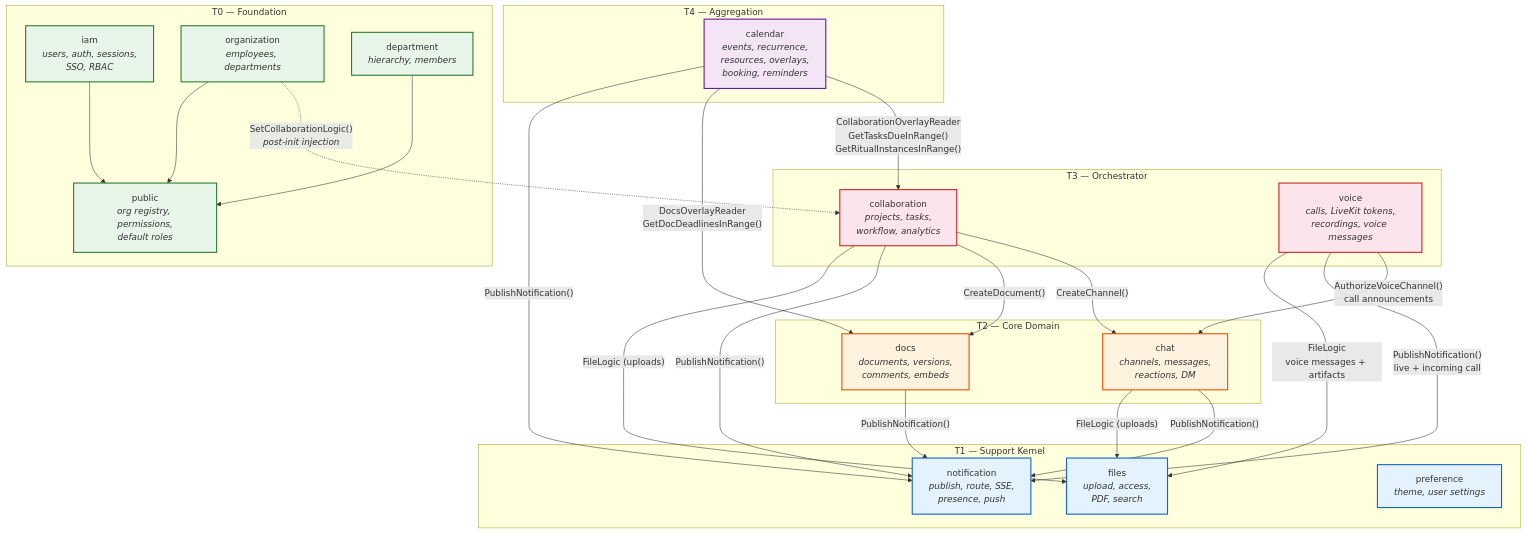
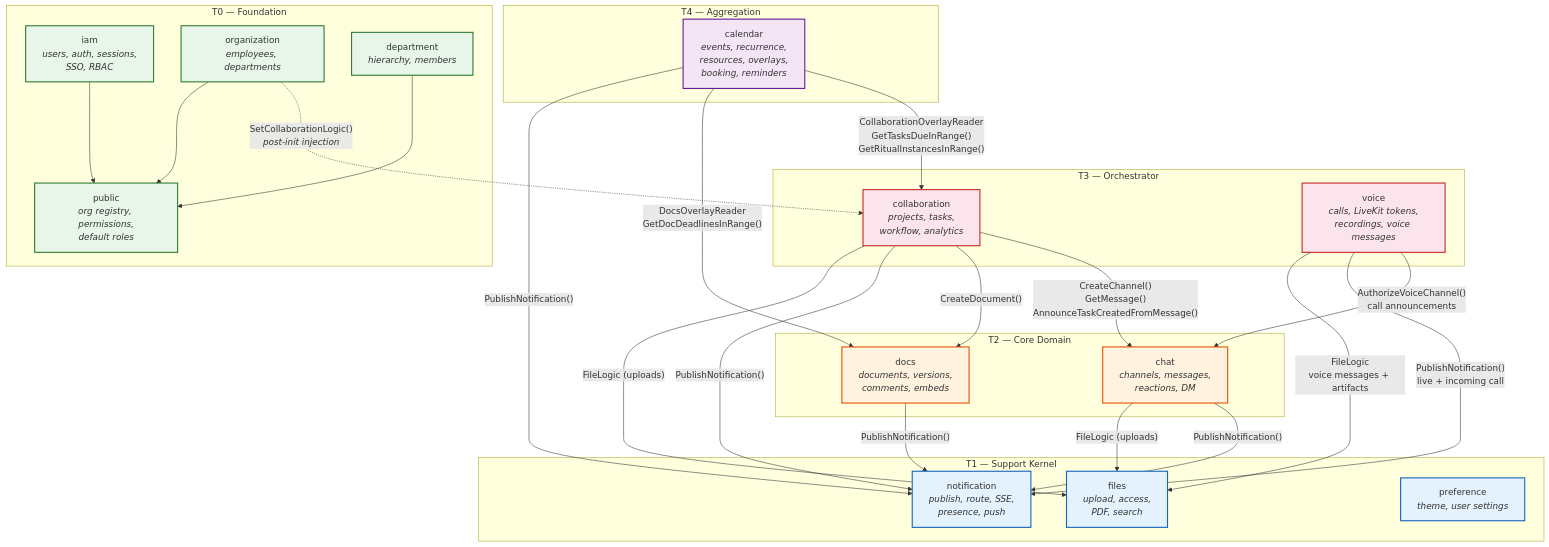
Before and after one commit to nvcnvn/tech-office: the first of 4 diagrams in backend/docs/SYSTEM-ARCHITECTURE.md, drawn with Mermaid. The commit also changed other lines of this file and 56 other files, not shown here.

Commit message:
feat: implement chat-to-task capture allowing tasks to be created from and linked to message conversations

````diff
--- a/backend/docs/SYSTEM-ARCHITECTURE.md
+++ b/backend/docs/SYSTEM-ARCHITECTURE.md
@@ -83,70 +83,70 @@
 ```mermaid
 graph TD
     subgraph "T0 — Foundation"
         PUBLIC["public<br/><i>org registry, permissions,<br/>default roles</i>"]
         IAM["iam<br/><i>users, auth, sessions,<br/>SSO, RBAC</i>"]
         ORG["organization<br/><i>employees, departments</i>"]
         DEPT["department<br/><i>hierarchy, members</i>"]
     end
 
     subgraph "T1 — Support Kernel"
         NOTIF["notification<br/><i>publish, route, SSE,<br/>presence, push</i>"]
         FILES["files<br/><i>upload, access,<br/>PDF, search</i>"]
         PREF["preference<br/><i>theme, user settings</i>"]
     end
 
     subgraph "T2 — Core Domain"
         CHAT["chat<br/><i>channels, messages,<br/>reactions, DM</i>"]
         DOCS["docs<br/><i>documents, versions,<br/>comments, embeds</i>"]
     end
 
     subgraph "T3 — Orchestrator"
         COLLAB["collaboration<br/><i>projects, tasks,<br/>workflow, analytics</i>"]
         VOICE["voice<br/><i>calls, LiveKit tokens,<br/>recordings, voice messages</i>"]
     end
 
     subgraph "T4 — Aggregation"
         CAL["calendar<br/><i>events, recurrence,<br/>resources, overlays,<br/>booking, reminders</i>"]
     end
 
     %% T4 → T3 dependencies (overlay readers)
     CAL -->|"CollaborationOverlayReader<br/>GetTasksDueInRange()<br/>GetRitualInstancesInRange()"| COLLAB
     CAL -->|"DocsOverlayReader<br/>GetDocDeadlinesInRange()"| DOCS
     CAL -->|"PublishNotification()"| NOTIF
 
     %% T3 → T2 dependencies
-    COLLAB -->|"CreateChannel()"| CHAT
+    COLLAB -->|"CreateChannel()<br/>GetMessage()<br/>AnnounceTaskCreatedFromMessage()"| CHAT
     COLLAB -->|"CreateDocument()"| DOCS
 
     %% T3 → T1 dependencies
     COLLAB -->|"PublishNotification()"| NOTIF
     COLLAB -->|"FileLogic (uploads)"| FILES
     VOICE -->|"AuthorizeVoiceChannel()<br/>call announcements"| CHAT
     VOICE -->|"PublishNotification()<br/>live + incoming call"| NOTIF
     VOICE -->|"FileLogic<br/>voice messages + artifacts"| FILES
 
     %% T2 → T1 dependencies
     CHAT -->|"PublishNotification()"| NOTIF
     CHAT -->|"FileLogic (uploads)"| FILES
     DOCS -->|"PublishNotification()"| NOTIF
 
     %% Post-init injection (dashed = injected after construction)
     ORG -.->|"SetCollaborationLogic()<br/><i>post-init injection</i>"| COLLAB
 
     %% Foundation references (simplified)
     IAM --> PUBLIC
     ORG --> PUBLIC
     DEPT --> PUBLIC
 
     classDef foundation fill:#e8f5e9,stroke:#2e7d32,stroke-width:2px
     classDef kernel fill:#e3f2fd,stroke:#1565c0,stroke-width:2px
     classDef core fill:#fff3e0,stroke:#e65100,stroke-width:2px
     classDef orchestrator fill:#fce4ec,stroke:#c62828,stroke-width:2px
     classDef aggregation fill:#f3e5f5,stroke:#6a1b9a,stroke-width:2px
 
     class PUBLIC,IAM,ORG,DEPT foundation
     class NOTIF,FILES,PREF kernel
     class CHAT,DOCS core
     class COLLAB,VOICE orchestrator
     class CAL aggregation
 ```
````
